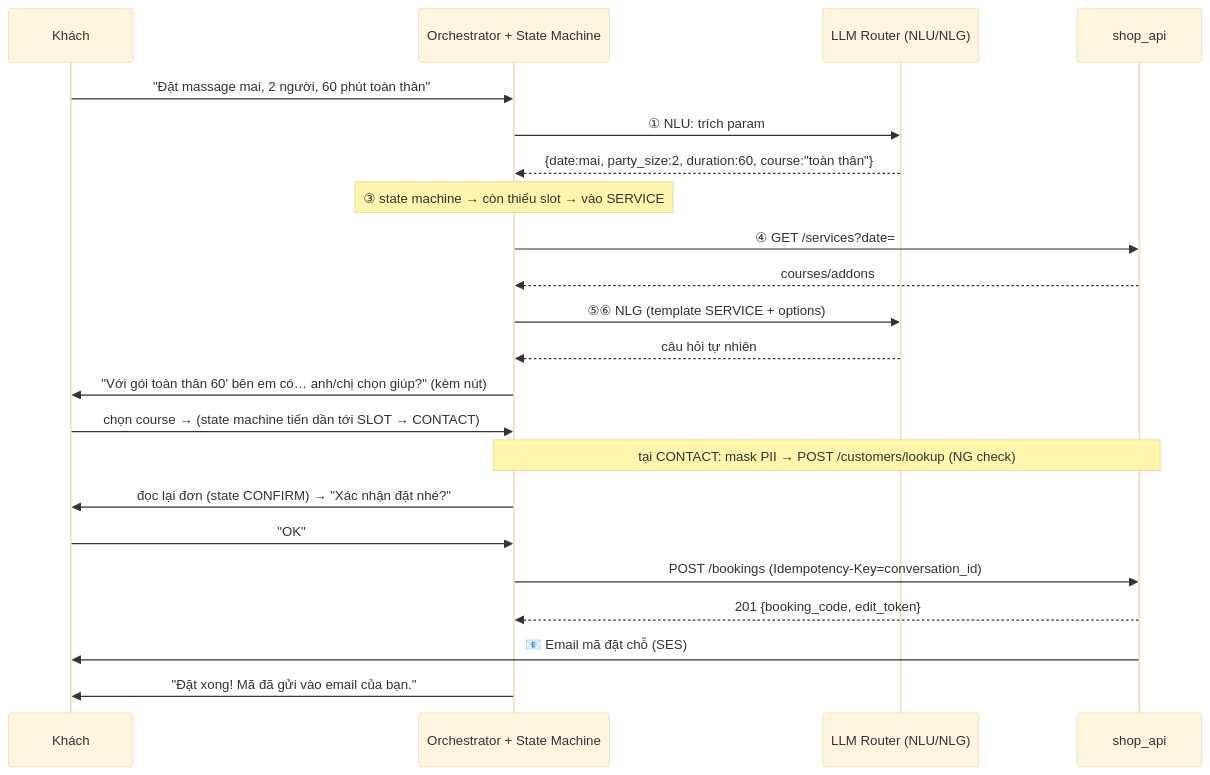
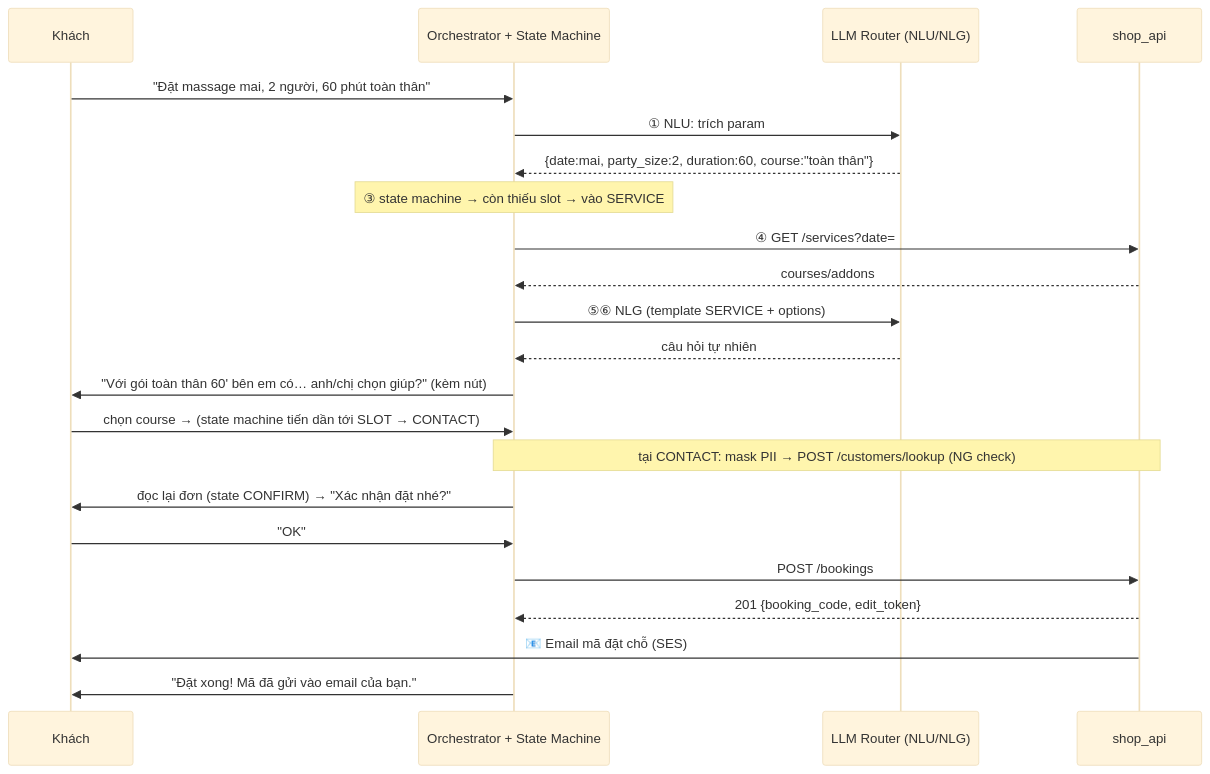
One commit to vinh27012004/AI_ASSISRTANCE_BOOKING changed the second of 2 diagrams in UC-US-BA-APIDESIGN/chatbot-architecture.md. Above: the diagram before and after it, drawn with Mermaid (base theme). The commit also changed other lines of this file and 36 other files, not shown here.

````diff
--- a/UC-US-BA-APIDESIGN/chatbot-architecture.md
+++ b/UC-US-BA-APIDESIGN/chatbot-architecture.md
@@ -222,25 +222,25 @@
 ```mermaid
 sequenceDiagram
     participant K as Khách
     participant O as Orchestrator + State Machine
     participant L as LLM Router (NLU/NLG)
     participant B as shop_api
 
     K->>O: "Đặt massage mai, 2 người, 60 phút toàn thân"
     O->>L: ① NLU: trích param
     L-->>O: {date:mai, party_size:2, duration:60, course:"toàn thân"}
     Note over O: ③ state machine → còn thiếu slot → vào SERVICE
     O->>B: ④ GET /services?date=
     B-->>O: courses/addons
     O->>L: ⑤⑥ NLG (template SERVICE + options)
     L-->>O: câu hỏi tự nhiên
     O->>K: "Với gói toàn thân 60' bên em có… anh/chị chọn giúp?" (kèm nút)
     K->>O: chọn course → (state machine tiến dần tới SLOT → CONTACT)
     Note over O,B: tại CONTACT: mask PII → POST /customers/lookup (NG check)
     O->>K: đọc lại đơn (state CONFIRM) → "Xác nhận đặt nhé?"
     K->>O: "OK"
-    O->>B: POST /bookings (Idempotency-Key=conversation_id)
+    O->>B: POST /bookings
     B-->>O: 201 {booking_code, edit_token}
     B->>K: 📧 Email mã đặt chỗ (SES)
     O->>K: "Đặt xong! Mã đã gửi vào email của bạn."
 ```
````
